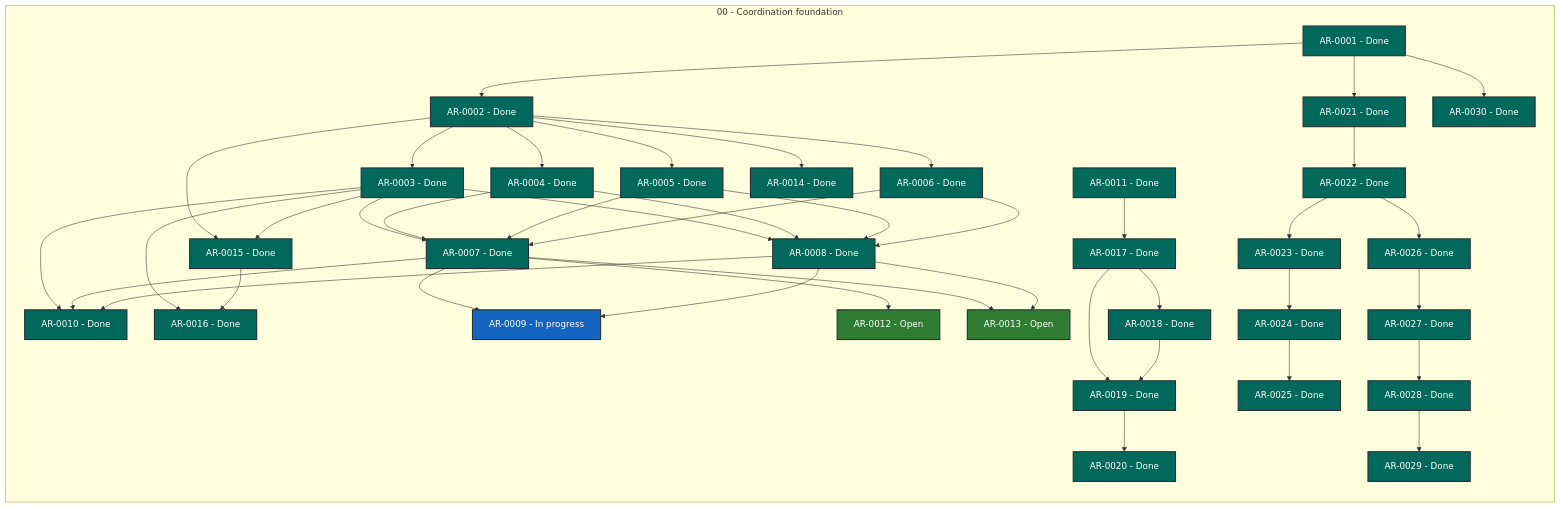
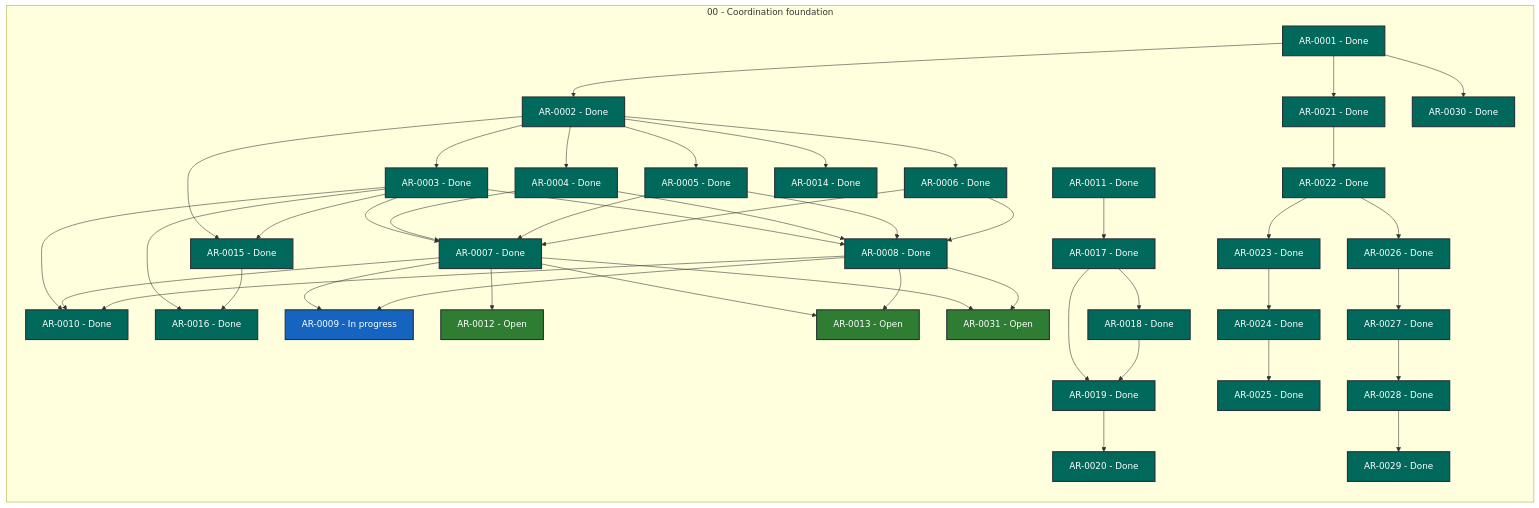
The diagram in STATUS.md (martin-beck/agent-workflow-coordinator-state), drawn with Mermaid before and after one commit. The commit also changed other lines of this file and 1 other file, not shown here.

```diff
--- a/STATUS.md
+++ b/STATUS.md
@@ -58,6 +58,7 @@
         AR_0028["AR-0028 - Done"]:::status_done
         AR_0029["AR-0029 - Done"]:::status_done
         AR_0030["AR-0030 - Done"]:::status_done
+        AR_0031["AR-0031 - Open"]:::status_open
     end
     AR_0001 --> AR_0002
     AR_0001 --> AR_0021
@@ -83,9 +84,11 @@
     AR_0007 --> AR_0010
     AR_0007 --> AR_0012
     AR_0007 --> AR_0013
+    AR_0007 --> AR_0031
     AR_0008 --> AR_0009
     AR_0008 --> AR_0010
     AR_0008 --> AR_0013
+    AR_0008 --> AR_0031
     AR_0011 --> AR_0017
     AR_0015 --> AR_0016
     AR_0017 --> AR_0018
```
